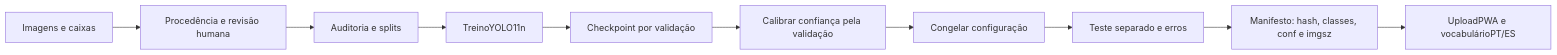
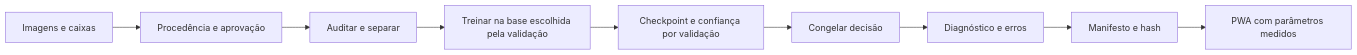
One commit to Acolhe-Projeto/Acolhe---GS8 changed the diagram in vision/PLAN.md. Above: the diagram before and after it, drawn with Mermaid. The commit also changed other lines of this file and 37 other files, not shown here.

Commit message:
Adopt validated YOLO26n base and finalize PRDs and recording workflow

````diff
--- a/vision/PLAN.md
+++ b/vision/PLAN.md
@@ -14,12 +21,11 @@
 ```mermaid
 flowchart LR
-    I[Imagens e caixas] --> R[Procedência e revisão humana]
-    R --> A[Auditoria e splits]
-    A --> T[TreinoYOLO11n]
-    T --> V[Checkpoint por validação]
-    V --> C[Calibrar confiança pela validação]
-    C --> F[Congelar configuração]
-    F --> E[Teste separado e erros]
-    E --> M[Manifesto: hash, classes, conf e imgsz]
-    M --> P[UploadPWA e vocabulárioPT/ES]
+    I[Imagens e caixas] --> R[Procedência e aprovação]
+    R --> A[Auditar e separar]
+    A --> T[Treinar na base escolhida pela validação]
+    T --> C[Checkpoint e confiança por validação]
+    C --> F[Congelar decisão]
+    F --> E[Diagnóstico e erros]
+    E --> M[Manifesto e hash]
+    M --> P[PWA com parâmetros medidos]
 ```
````
